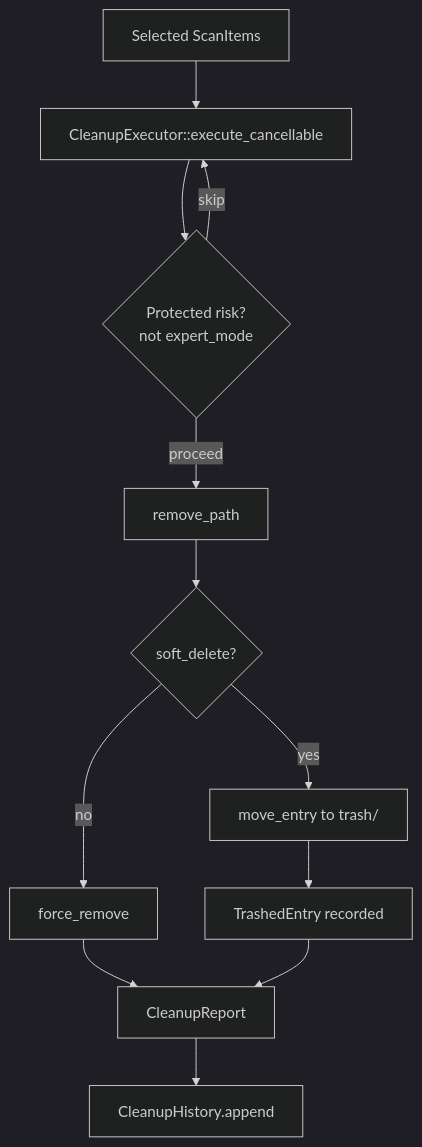
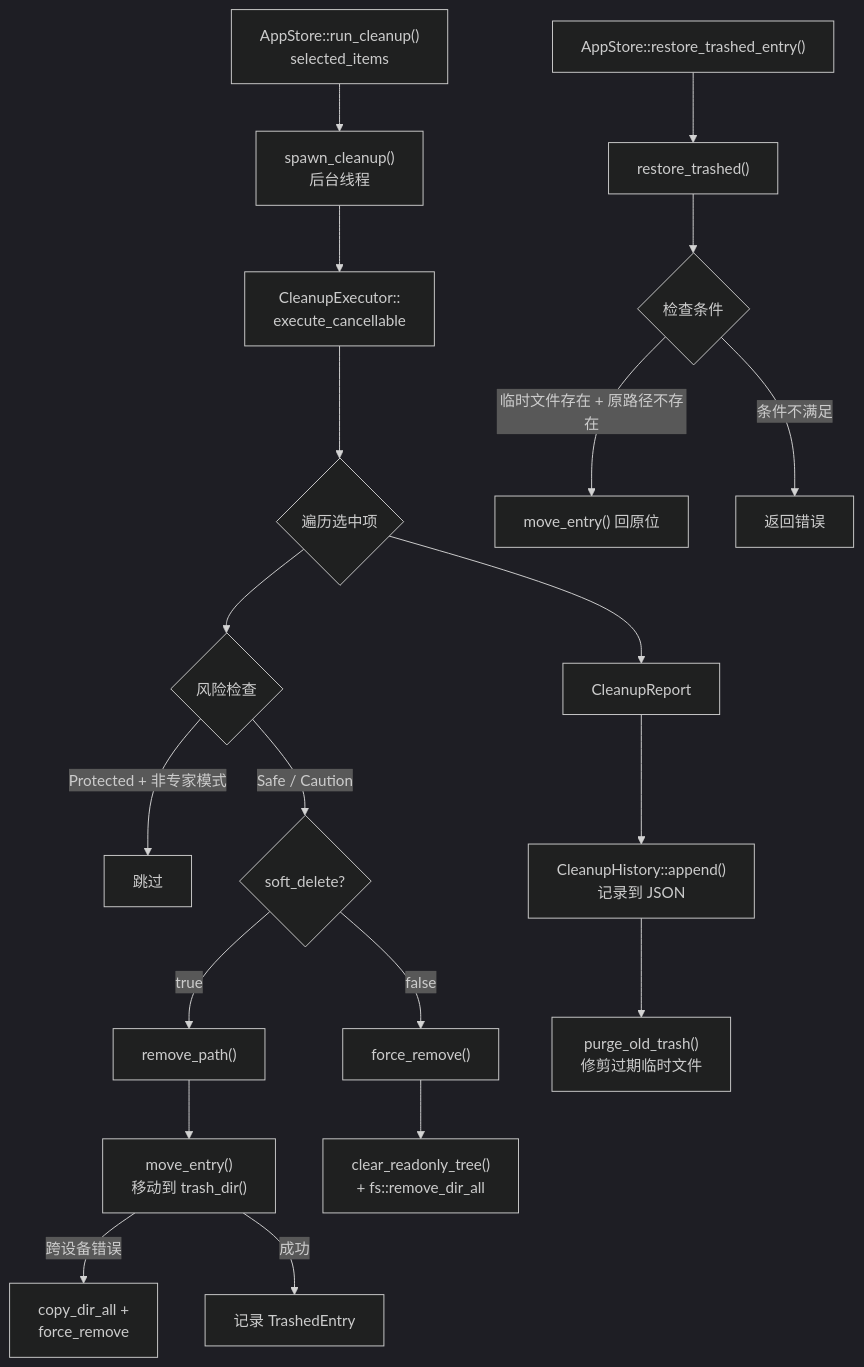
Before and after one commit to sopaco/CLV3000-Plus: the diagram in .terrain/human/4.Deep-Exploration/cleanup.md, drawn with Mermaid (dark theme). The commit also changed other lines of this file and 25 other files, not shown here.

````diff
--- a/.terrain/human/4.Deep-Exploration/cleanup.md
+++ b/.terrain/human/4.Deep-Exploration/cleanup.md
@@ -47,14 +38,27 @@
 ```mermaid
 flowchart TD
-    A["Selected ScanItems"] --> B["CleanupExecutor::execute_cancellable"]
-    B --> C{"Protected risk?<br/>not expert_mode"}
-    C -->|skip| B
-    C -->|proceed| D["remove_path"]
-    D --> E{"soft_delete?"}
-    E -->|yes| F["move_entry to trash/"]
-    E -->|no| G["force_remove"]
-    F --> H["TrashedEntry recorded"]
-    G --> I["CleanupReport"]
-    H --> I
-    I --> J["CleanupHistory.append"]
+    A["AppStore::run_cleanup()<br/>selected_items"] --> B["spawn_cleanup()<br/>后台线程"]
+    B --> C["CleanupExecutor::<br/>execute_cancellable"]
+
+    C --> D{"遍历选中项"}
+    D --> E{"风险检查"}
+    E -->|"Protected + 非专家模式"| F["跳过"]
+    E -->|"Safe / Caution"| G{"soft_delete?"}
+
+    G -->|true| H["remove_path()"]
+    H --> I["move_entry()<br/>移动到 trash_dir()"]
+    I -->|"跨设备错误"| J["copy_dir_all +<br/>force_remove"]
+    I -->|"成功"| K["记录 TrashedEntry"]
+
+    G -->|false| L["force_remove()"]
+    L --> M["clear_readonly_tree()<br/>+ fs::remove_dir_all"]
+
+    D --> N["CleanupReport"]
+    N --> O["CleanupHistory::append()<br/>记录到 JSON"]
+    O --> P["purge_old_trash()<br/>修剪过期临时文件"]
+
+    Q["AppStore::restore_trashed_entry()"] --> R["restore_trashed()"]
+    R --> S{"检查条件"}
+    S -->|"临时文件存在 + 原路径不存在"| T["move_entry() 回原位"]
+    S -->|"条件不满足"| U["返回错误"]
 ```
````
